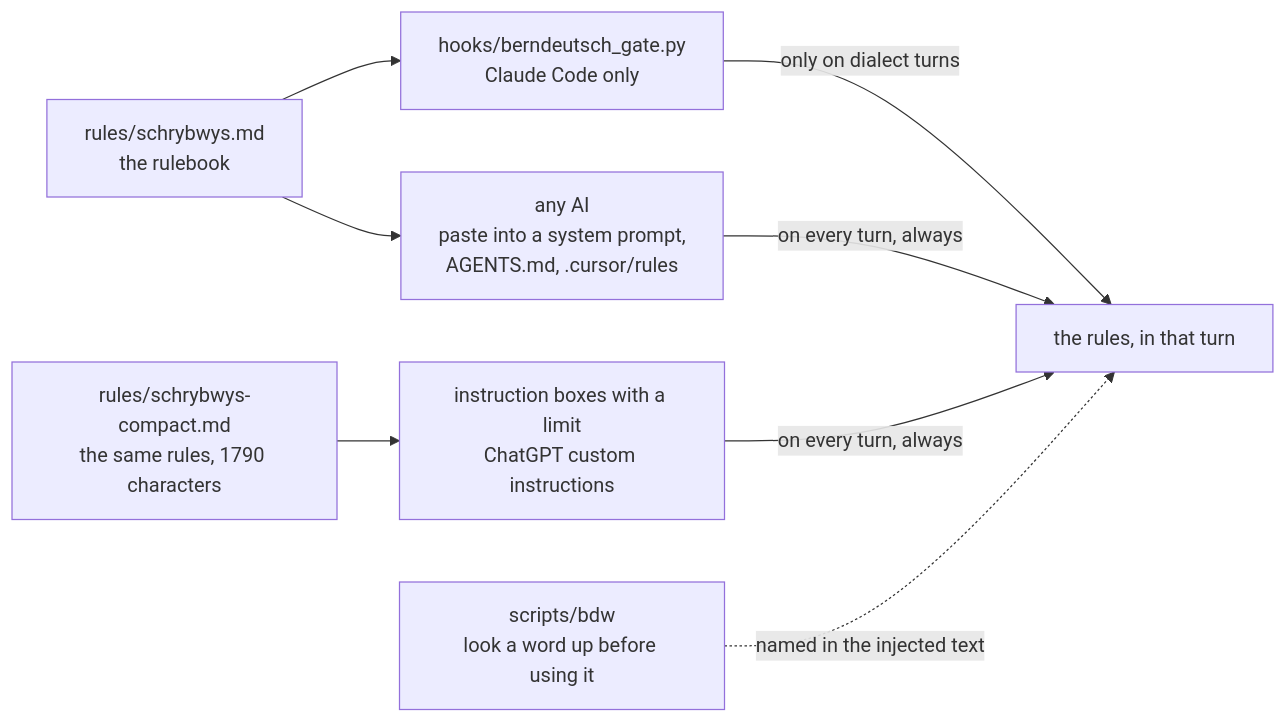
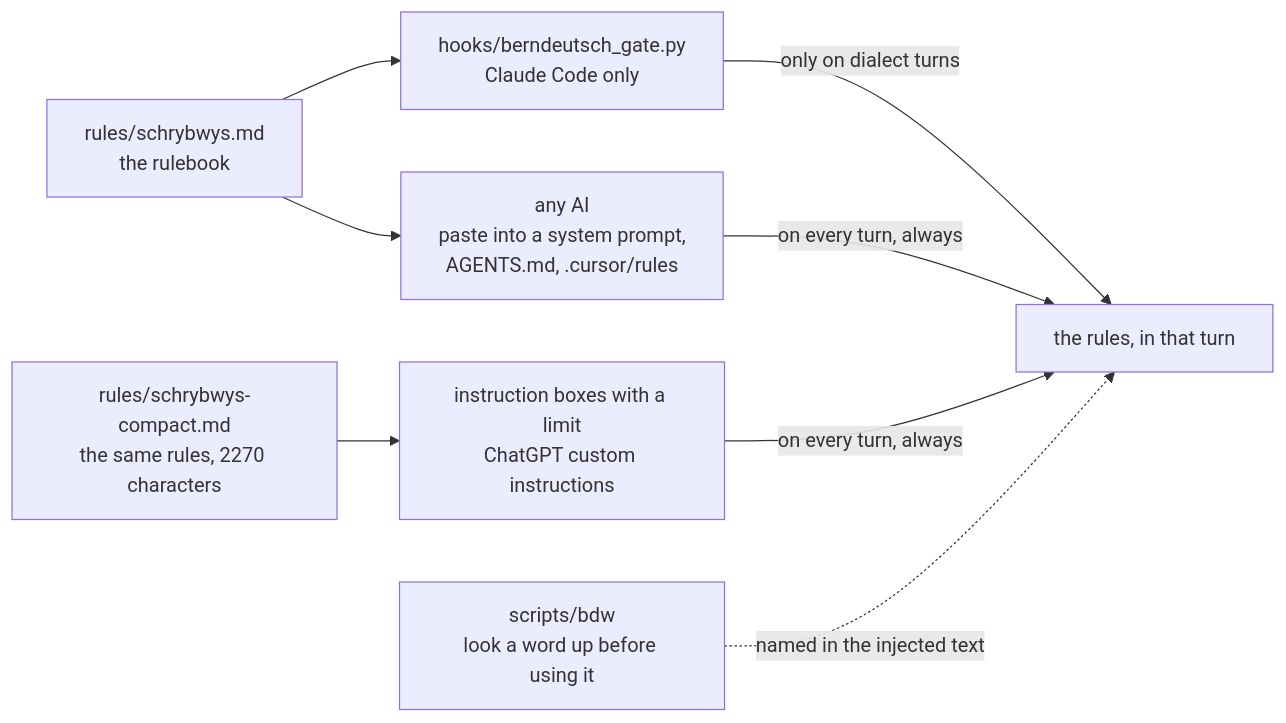
Before and after one commit to sapn95/berndeutsch-for-ai: the first of 3 diagrams in README.md, drawn with Mermaid. The commit also changed other lines of this file and 6 other files, not shown here.

````diff
--- a/README.md
+++ b/README.md
@@ -67,15 +67,15 @@
 ```mermaid
 flowchart LR
     RB["rules/schrybwys.md<br/>the rulebook"]
-    CB["rules/schrybwys-compact.md<br/>the same rules, 1790 characters"]
+    CB["rules/schrybwys-compact.md<br/>the same rules, 2270 characters"]
 
     RB --> ANY["any AI<br/>paste into a system prompt,<br/>AGENTS.md, .cursor/rules"]
     CB --> BOX["instruction boxes with a limit<br/>ChatGPT custom instructions"]
     RB --> HOOK["hooks/berndeutsch_gate.py<br/>Claude Code only"]
 
     HOOK -->|"only on dialect turns"| CTX["the rules, in that turn"]
     ANY -->|"on every turn, always"| CTX
     BOX -->|"on every turn, always"| CTX
 
     BDW["scripts/bdw<br/>look a word up before using it"] -.->|"named in the injected text"| CTX
 ```
````
